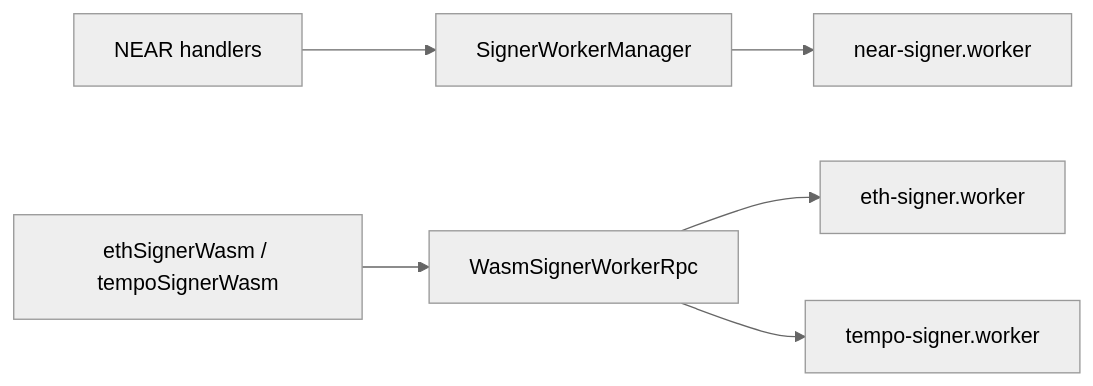
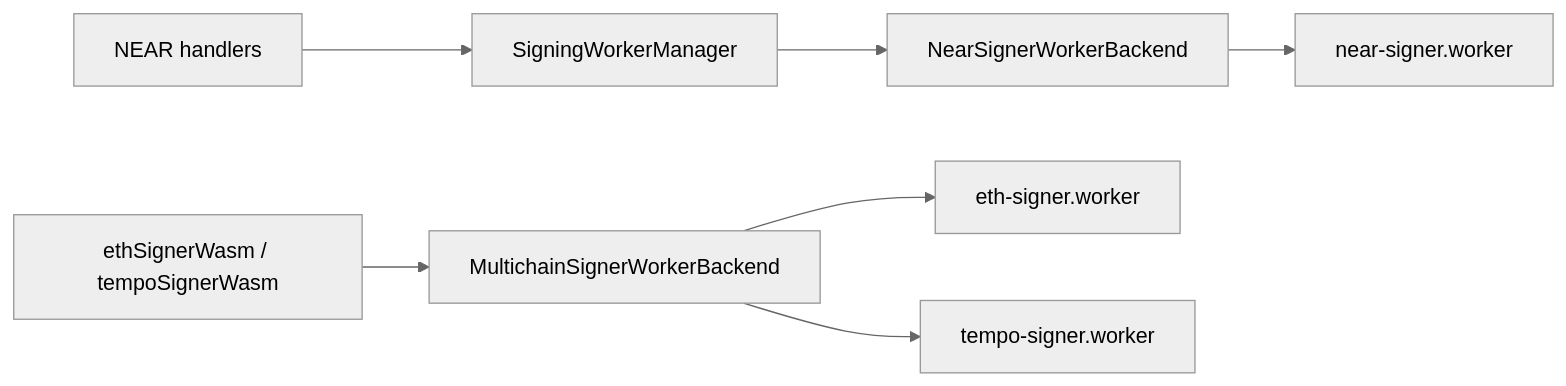
The third of 3 diagrams in client/src/core/signing/README.md (peitalin/simple-threshold-signer), drawn with Mermaid (neutral theme) before and after one commit. The commit also changed other lines of this file and 37 other files, not shown here.

Commit message:
refactor(signing): unify worker architecture under SigningWorkerManager

````diff
--- a/client/src/core/signing/README.md
+++ b/client/src/core/signing/README.md
@@ -54,9 +55,10 @@
 ```mermaid
 flowchart LR
-  NH["NEAR handlers"] --> SWM["SignerWorkerManager"]
-  SWM --> NSW["near-signer.worker"]
+  NH["NEAR handlers"] --> SWM["SigningWorkerManager"]
+  SWM --> NB["NearSignerWorkerBackend"]
+  NB --> NSW["near-signer.worker"]
 
-  WASM["ethSignerWasm / tempoSignerWasm"] --> RPC["WasmSignerWorkerRpc"]
-  RPC --> EWK["eth-signer.worker"]
-  RPC --> TWK["tempo-signer.worker"]
+  WASM["ethSignerWasm / tempoSignerWasm"] --> MB["MultichainSignerWorkerBackend"]
+  MB --> EWK["eth-signer.worker"]
+  MB --> TWK["tempo-signer.worker"]
 ```
````
